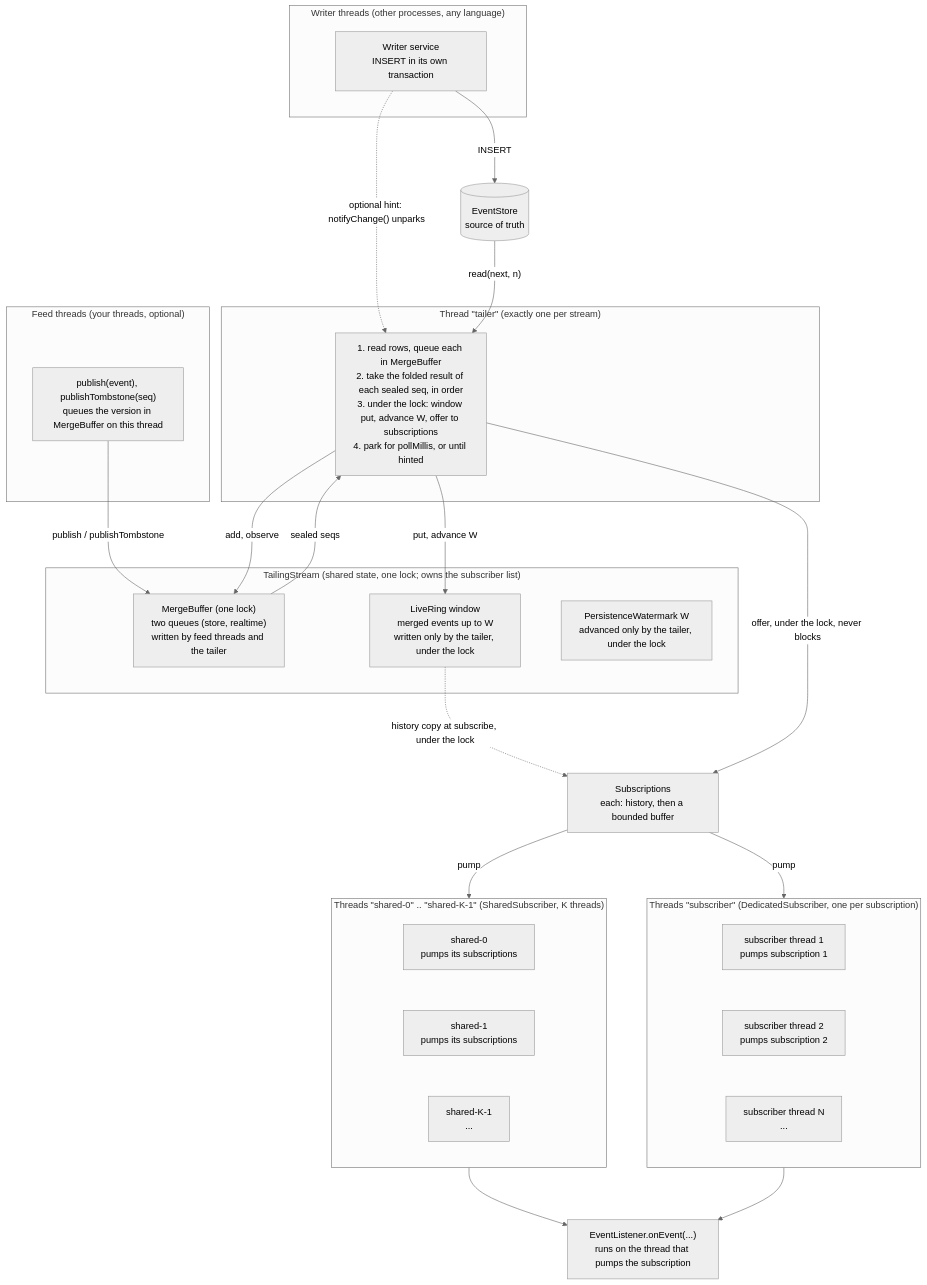
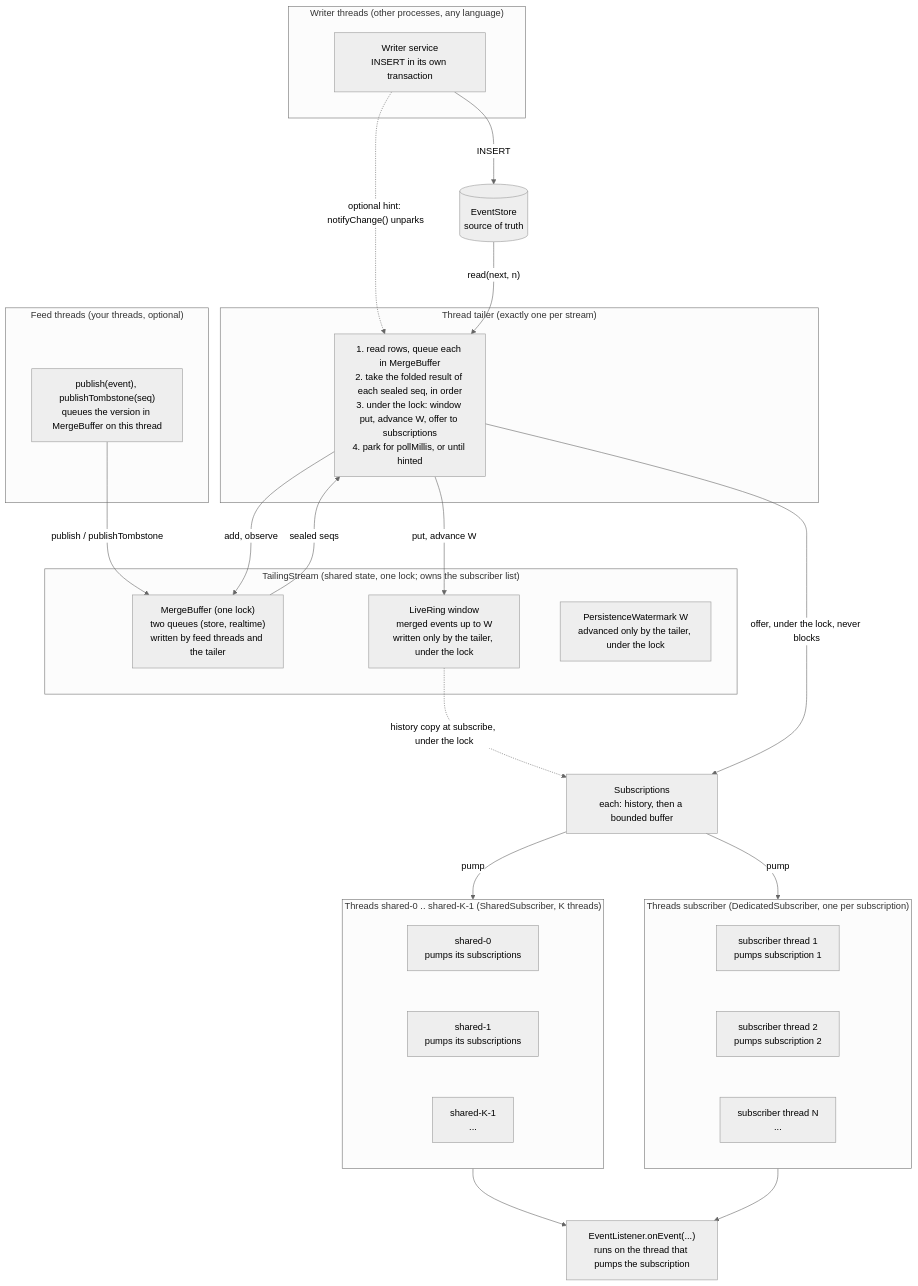
The diagram in README.md (victor6567758/ls), drawn with Mermaid (neutral theme) before and after one commit.

````diff
--- a/README.md
+++ b/README.md
@@ -147,54 +147,54 @@
 ```mermaid
 %%{init: {'flowchart': {'nodeSpacing': 70, 'rankSpacing': 90}}}%%
 flowchart TD
     S[("EventStore<br/>source of truth")]
 
     subgraph WT["Writer threads (other processes, any language)"]
         WR["Writer service<br/>INSERT in its own transaction"]
     end
 
     subgraph FT["Feed threads (your threads, optional)"]
         FD["publish(event), publishTombstone(seq)<br/>queues the version in MergeBuffer on this thread"]
     end
 
-    subgraph TT["Thread &quot;tailer&quot; (exactly one per stream)"]
+    subgraph TT["Thread tailer (exactly one per stream)"]
         T["1. read rows, queue each in MergeBuffer<br/>2. take the folded result of each sealed seq, in order<br/>3. under the lock: window put, advance W, offer to subscriptions<br/>4. park for pollMillis, or until hinted"]
     end
 
     subgraph MEM["TailingStream (shared state, one lock; owns the subscriber list)"]
         B["MergeBuffer (one lock)<br/>two queues (store, realtime)<br/>written by feed threads and the tailer"]
         R["LiveRing window<br/>merged events up to W<br/>written only by the tailer, under the lock"]
         W["PersistenceWatermark W<br/>advanced only by the tailer, under the lock"]
     end
 
-    subgraph SHARED["Threads &quot;shared-0&quot; .. &quot;shared-K-1&quot; (SharedSubscriber, K threads)"]
+    subgraph SHARED["Threads shared-0 .. shared-K-1 (SharedSubscriber, K threads)"]
         direction LR
         SH1["shared-0<br/>pumps its subscriptions"]
         SH2["shared-1<br/>pumps its subscriptions"]
         SHK["shared-K-1<br/>..."]
     end
 
-    subgraph DEDICATED["Threads &quot;subscriber&quot; (DedicatedSubscriber, one per subscription)"]
+    subgraph DEDICATED["Threads subscriber (DedicatedSubscriber, one per subscription)"]
         direction LR
         DT1["subscriber thread 1<br/>pumps subscription 1"]
         DT2["subscriber thread 2<br/>pumps subscription 2"]
         DTN["subscriber thread N<br/>..."]
     end
 
     SUB["Subscriptions<br/>each: history, then a bounded buffer"]
     L["EventListener.onEvent(...)<br/>runs on the thread that pumps the subscription"]
 
     WR -->|"INSERT"| S
     WR -.->|"optional hint: notifyChange() unparks"| T
     FD -->|"publish / publishTombstone"| B
     S -->|"read(next, n)"| T
     T -->|"add, observe"| B
     B -->|"sealed seqs"| T
     T -->|"put, advance W"| R
     R -.->|"history copy at subscribe, under the lock"| SUB
     T -->|"offer, under the lock, never blocks"| SUB
     SUB -->|"pump"| SHARED
     SUB -->|"pump"| DEDICATED
     SHARED --> L
     DEDICATED --> L
 ```
````
